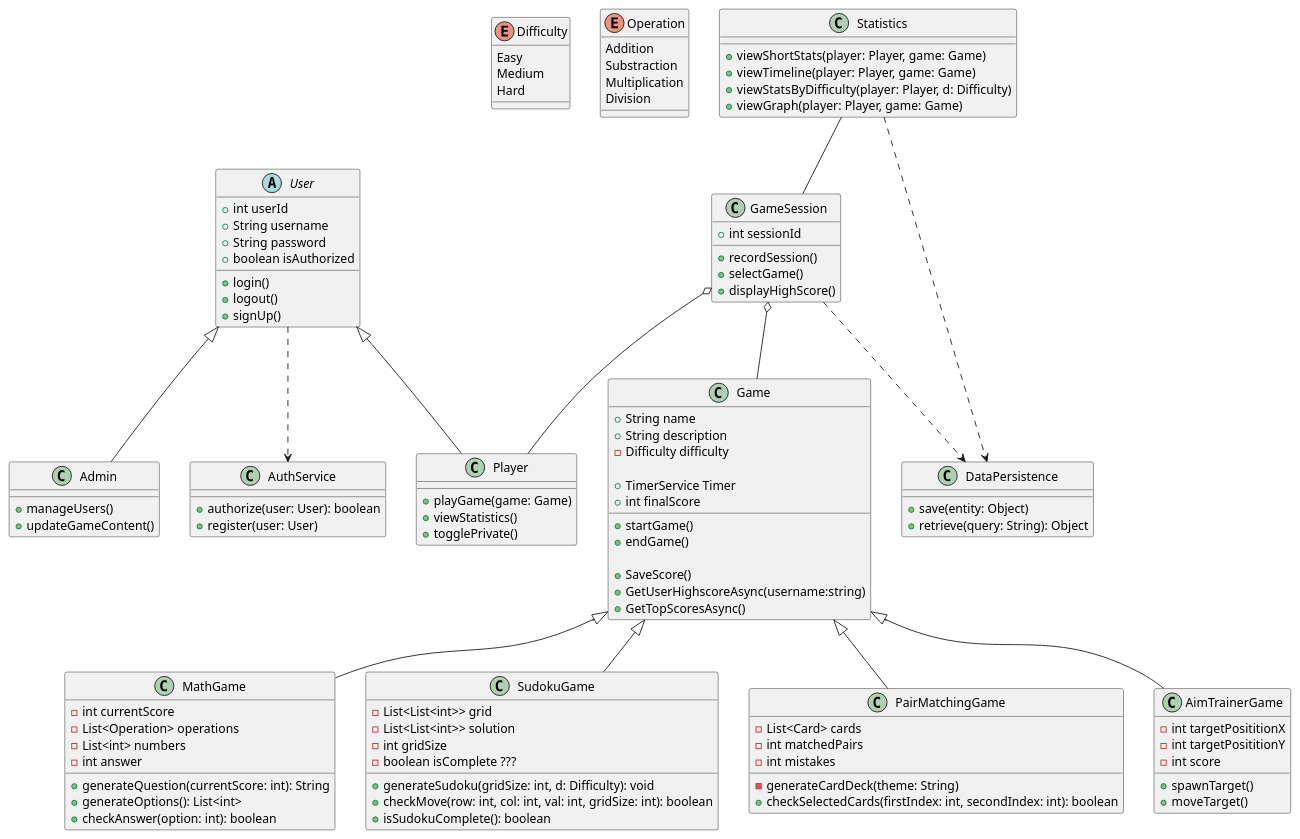
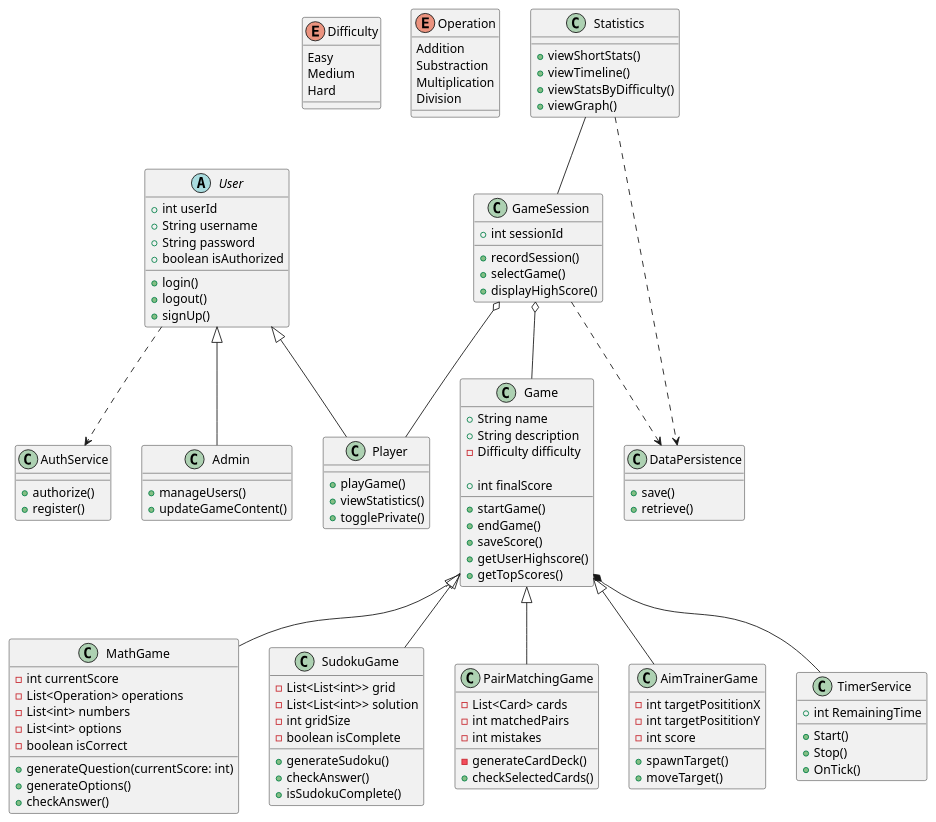
The diagram in Diagrams/class_diagram.puml (mykolas-alt/Komanda-1), drawn with PlantUML before and after one commit. The commit also changed 1 other file, not shown here.

Commit message:
refactor: Updated sequence and class diagrams

```diff
--- a/Diagrams/class_diagram.puml
+++ b/Diagrams/class_diagram.puml
@@ -1,154 +1,154 @@
 @startuml
 ' ======== Abstract Classes and Enumerations ========
 enum Difficulty {
   Easy
   Medium
   Hard
 }
 
 enum Operation {
   Addition
   Substraction
   Multiplication
   Division
 }
 
+
+class DataPersistence {
+  +save()
+  +retrieve()
+}
+
+GameSession ..> DataPersistence
+Statistics ..> DataPersistence
+
+
 ' ======== User/Account Domain ========
 abstract class User {
   +int userId
   +String username
   +String password
   +boolean isAuthorized
   +login()
   +logout()
   +signUp()
 }
 
 class Player {
-  +playGame(game: Game)
+  +playGame()
   +viewStatistics()
   +togglePrivate()
 }
 
 class Admin {
   +manageUsers()
   +updateGameContent()
 }
 
 User <|-- Player
 User <|-- Admin
 
+
+
 ' ======== Game Domain ========
 class Game {
   +String name
   +String description
   -Difficulty difficulty
   
-  +TimerService Timer
   +int finalScore
   
   +startGame()
   +endGame()
-  
-  +SaveScore() 
-  +GetUserHighscoreAsync(username:string) 
-  +GetTopScoresAsync()
+  +saveScore() 
+  +getUserHighscore() 
+  +getTopScores()
 }
 
 
-' ======== Statistics/High Score Domain ========
-class GameSession {
-  +int sessionId
-
-  
-  +recordSession()
-  +selectGame()
-  +displayHighScore()
-}
 
 class MathGame {
   -int currentScore 
-' (Used to make the questions harder, increases after a question is correct)
   -List<Operation> operations
   -List<int> numbers
-  -int answer
+  -List<int> options
+  -boolean isCorrect
 
-  +generateQuestion(currentScore: int): String
-  +generateOptions(): List<int>
-  'cards that are displayed in the web
-  +checkAnswer(option: int): boolean
-  
+  +generateQuestion(currentScore: int)
+  +generateOptions()
+  +checkAnswer()
 }
 
 class SudokuGame {
   - List<List<int>> grid
   - List<List<int>> solution
   - int gridSize
-  - boolean isComplete ???
-  + generateSudoku(gridSize: int, d: Difficulty): void
-  + checkMove(row: int, col: int, val: int, gridSize: int): boolean
-  + isSudokuComplete(): boolean
+  - boolean isComplete
+  
+  +generateSudoku()
+  +checkAnswer()
+  +isSudokuComplete()
 }
-
 
 class PairMatchingGame {
   -List<Card> cards
   -int matchedPairs
   -int mistakes
-  
-  -generateCardDeck(theme: String)
-  +checkSelectedCards(firstIndex: int, secondIndex: int): boolean
 
+  -generateCardDeck()
+  +checkSelectedCards()
 }
 
 class AimTrainerGame {
   -int targetPosititionX
   -int targetPosititionY
-'  -int botWidth
-'  -int boxHeight
   -int score
 
   +spawnTarget()
   +moveTarget()
-  
 }
+
 
 Game <|-- MathGame
 Game <|-- SudokuGame
 Game <|-- PairMatchingGame
 Game <|-- AimTrainerGame
 
 
+class TimerService {
+  +int RemainingTime
+  +Start()
+  +Stop()
+  +OnTick()
+}
+
+Game *-- TimerService
+
+' ======== Statistics/High Score Domain ========
+class GameSession {
+  +int sessionId
+  +recordSession()
+  +selectGame()
+  +displayHighScore()
+}
+
+class Statistics {
+  +viewShortStats()
+  +viewTimeline()
+  +viewStatsByDifficulty()
+  +viewGraph()
+}
 
 GameSession o-- Game
 GameSession o-- Player
-
-class Statistics {
-  +viewShortStats(player: Player, game: Game)
-  +viewTimeline(player: Player, game: Game)
-  +viewStatsByDifficulty(player: Player, d: Difficulty)
-  +viewGraph(player: Player, game: Game)
-}
-
 Statistics -- GameSession
 
 ' ======== Services & Persistence ========
 class AuthService {
-  +authorize(user: User): boolean
-  +register(user: User)
+  +authorize()
+  +register()
 }
 
 User ..> AuthService
 
-class DataPersistence {
-  +save(entity: Object)
-  +retrieve(query: String): Object
-}
-
-GameSession ..> DataPersistence
-Statistics ..> DataPersistence
-
-
-' ======== Notes ========
-'note "This analysis-level diagram focuses on core domain classes.\nIt does not show all low-level or UI classes." as N1
 @enduml
```
